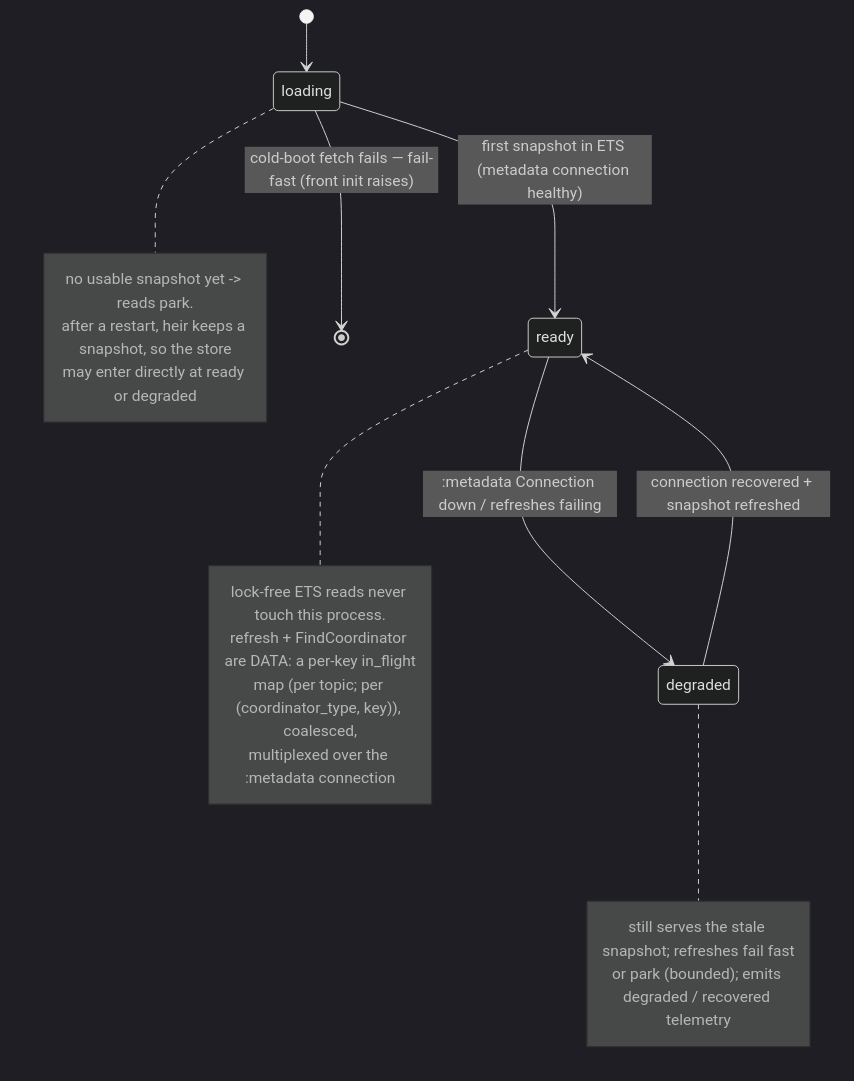
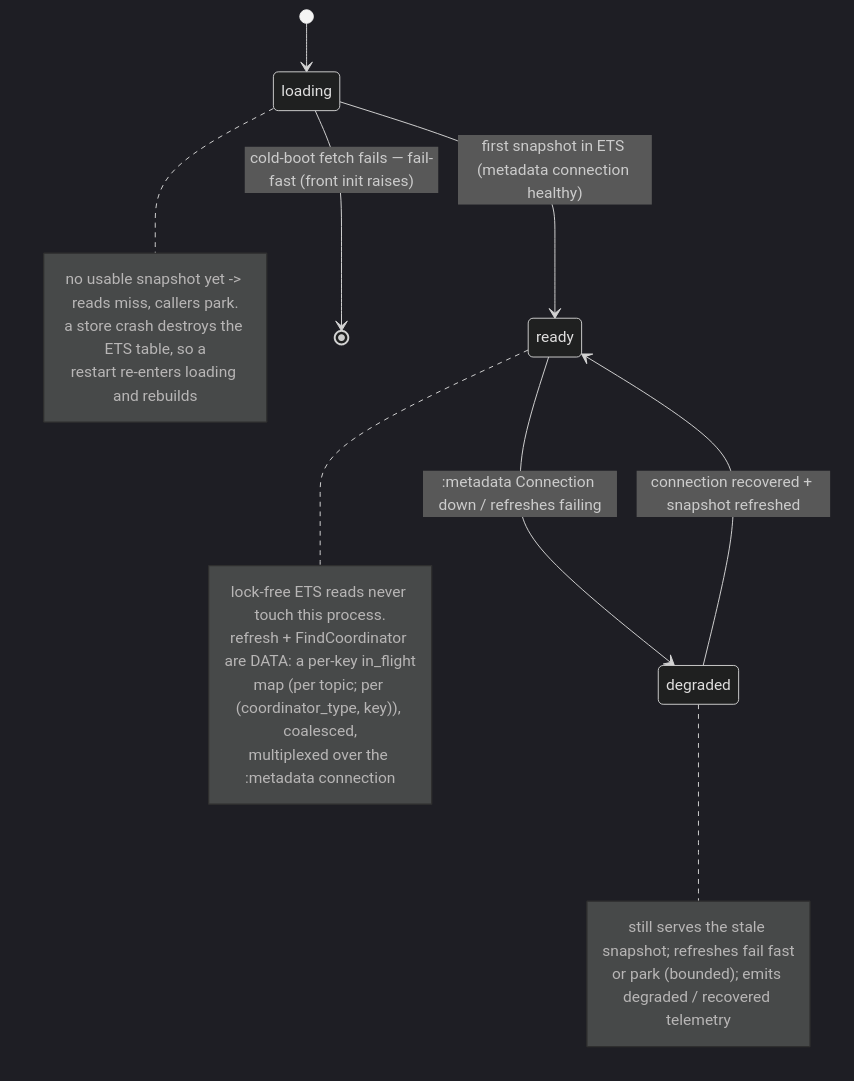
Before and after one commit to kafkaex/kafka_ex: the tenth of 10 diagrams in docs/rfcs/0001-client-process-architecture.md, drawn with Mermaid (dark theme). The commit also changed other lines of this file, not shown here.

First line of the commit message:
docs(rfc-0001): review pass — metadata-conn ownership, drop ETS heir, tighten claims

````diff
--- a/docs/rfcs/0001-client-process-architecture.md
+++ b/docs/rfcs/0001-client-process-architecture.md
@@ -569,23 +576,23 @@
 ```mermaid
 stateDiagram-v2
     [*] --> loading
     loading --> ready: first snapshot in ETS (metadata connection healthy)
     loading --> [*]: cold-boot fetch fails — fail-fast (front init raises)
     ready --> degraded: :metadata Connection down / refreshes failing
     degraded --> ready: connection recovered + snapshot refreshed
     note right of loading
-        no usable snapshot yet -> reads park.
-        after a restart, heir keeps a snapshot, so the store
-        may enter directly at ready or degraded
+        no usable snapshot yet -> reads miss, callers park.
+        a store crash destroys the ETS table, so a
+        restart re-enters loading and rebuilds
     end note
     note right of ready
         lock-free ETS reads never touch this process.
         refresh + FindCoordinator are DATA: a per-key in_flight
         map (per topic; per (coordinator_type, key)), coalesced,
         multiplexed over the :metadata connection
     end note
     note right of degraded
         still serves the stale snapshot; refreshes fail fast
         or park (bounded); emits degraded / recovered telemetry
     end note
 ```
````
